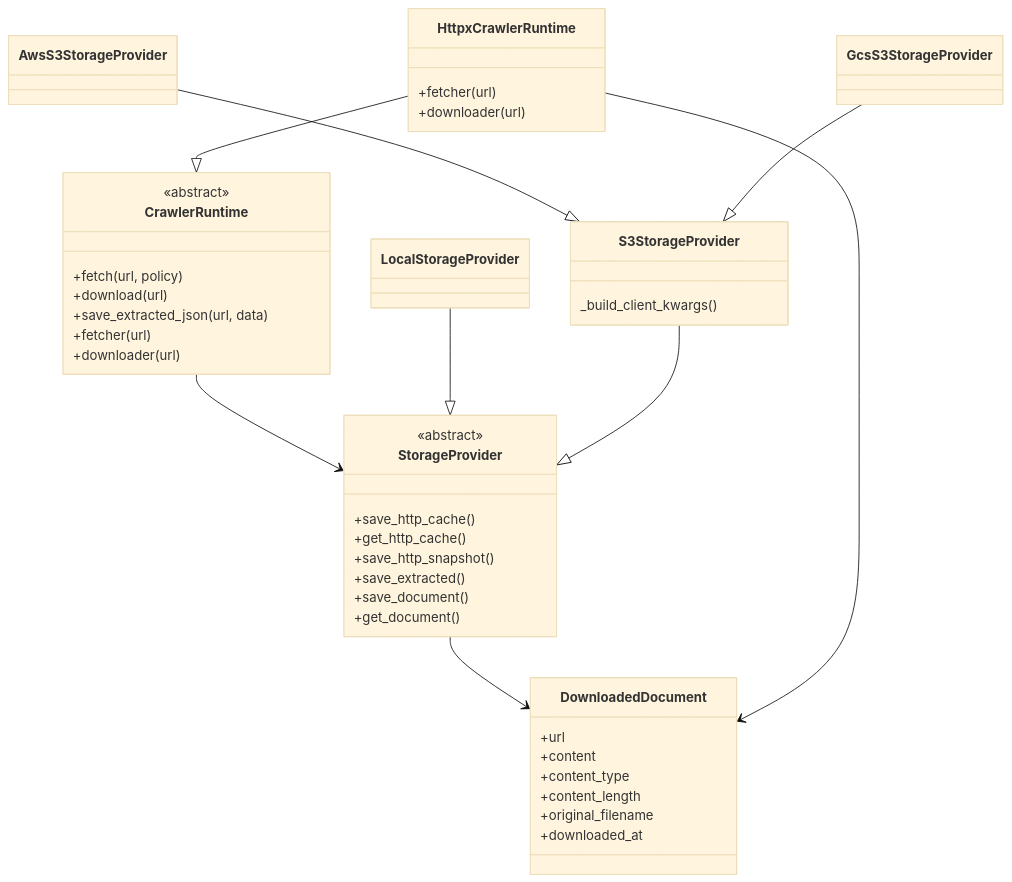
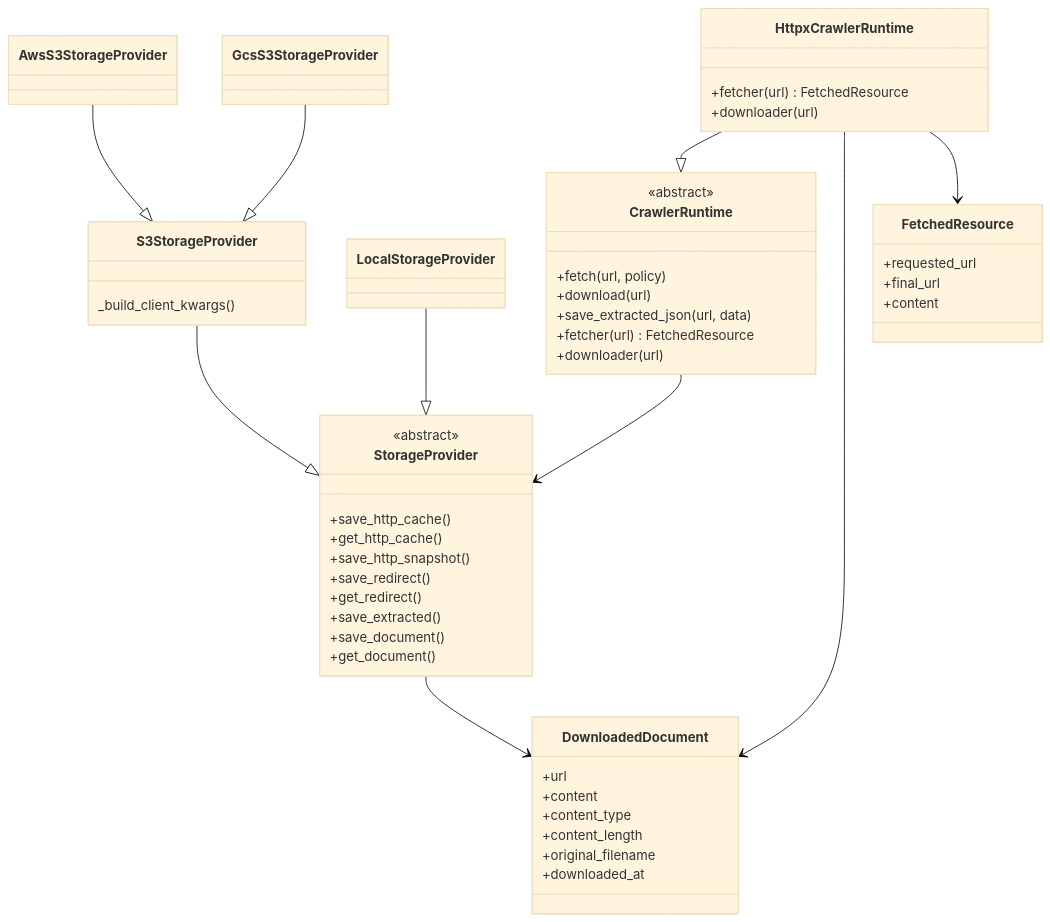
One commit to fletort/ranking changed the first of 2 diagrams in docs/design/runtime_design.md. Above: the diagram before and after it, drawn with Mermaid (base theme). The commit also changed other lines of this file and 1 other file, not shown here.

````diff
--- a/docs/design/runtime_design.md
+++ b/docs/design/runtime_design.md
@@ -27,56 +27,65 @@
 ```mermaid
 classDiagram
 
     class HttpxCrawlerRuntime {
-        +fetcher(url)
+        +fetcher(url) FetchedResource
         +downloader(url)
     }
 
     class CrawlerRuntime {
         <<abstract>>
         +fetch(url, policy)
         +download(url)
         +save_extracted_json(url, data)
-        +fetcher(url)
+        +fetcher(url) FetchedResource
         +downloader(url)
     }
 
     class AwsS3StorageProvider
     class GcsS3StorageProvider
 
     class LocalStorageProvider
 
     class S3StorageProvider {
         _build_client_kwargs()
     }
 
     class StorageProvider {
         <<abstract>>
         +save_http_cache()
         +get_http_cache()
         +save_http_snapshot()
+        +save_redirect()
+        +get_redirect()
         +save_extracted()
         +save_document()
         +get_document()
     }
 
     class DownloadedDocument {
         +url
         +content
         +content_type
         +content_length
         +original_filename
         +downloaded_at
     }
 
+    class FetchedResource {
+        +requested_url
+        +final_url
+        +content
+    }
+
     CrawlerRuntime --> StorageProvider
     HttpxCrawlerRuntime --|> CrawlerRuntime
 
     LocalStorageProvider --|> StorageProvider
     S3StorageProvider --|> StorageProvider
     AwsS3StorageProvider --|> S3StorageProvider
     GcsS3StorageProvider --|> S3StorageProvider
 
     StorageProvider --> DownloadedDocument
     HttpxCrawlerRuntime --> DownloadedDocument
+    HttpxCrawlerRuntime --> FetchedResource
 ```
````
